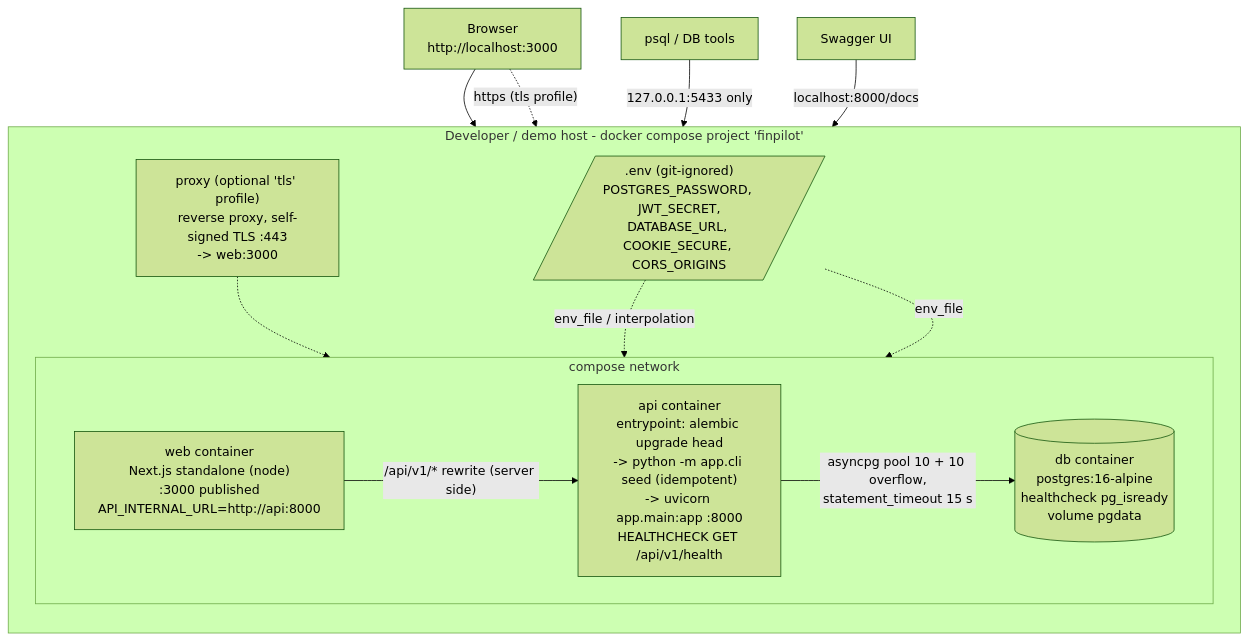
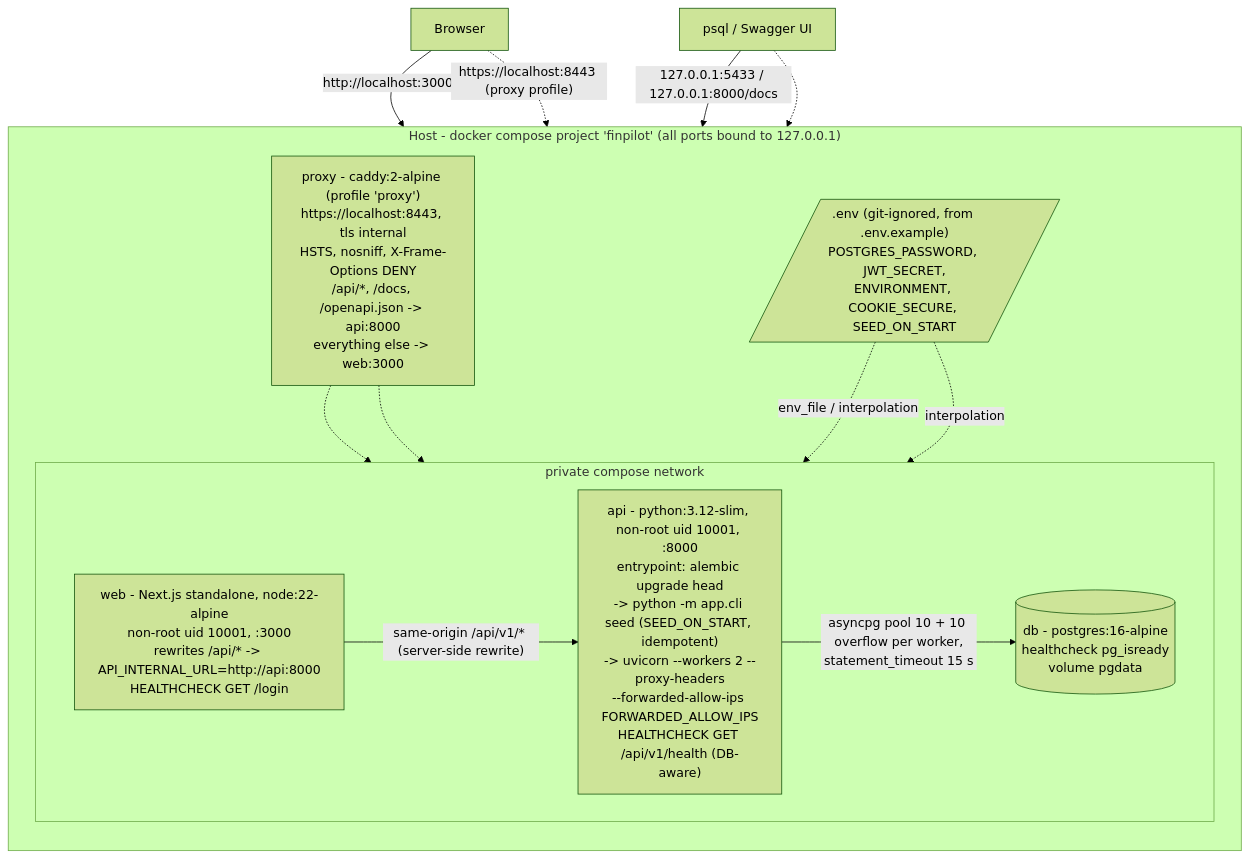
The diagram in docs/architecture/diagrams/deployment.mmd (vijaytectra/finpilot), drawn with Mermaid (forest theme) before and after one commit. The commit also changed 9 other files, not shown here.

First line of the commit message:
docs(arch): update diagrams for the containerised stack and MALFORMED_ROW

```diff
--- a/docs/architecture/diagrams/deployment.mmd
+++ b/docs/architecture/diagrams/deployment.mmd
@@ -1,23 +1,25 @@
 flowchart TB
-    browser["Browser<br/>http://localhost:3000"]
+    browser["Browser"]
 
-    subgraph hostm["Developer / demo host - docker compose project 'finpilot'"]
+    subgraph hostm["Host - docker compose project 'finpilot' (all ports bound to 127.0.0.1)"]
         direction TB
-        proxy["proxy (optional 'tls' profile)<br/>reverse proxy, self-signed TLS :443<br/>-> web:3000"]
-        subgraph net["compose network"]
+        proxy["proxy - caddy:2-alpine (profile 'proxy')<br/>https://localhost:8443, tls internal<br/>HSTS, nosniff, X-Frame-Options DENY<br/>/api/*, /docs, /openapi.json -> api:8000<br/>everything else -> web:3000"]
+        subgraph net["private compose network"]
             direction LR
-            web["web container<br/>Next.js standalone (node)<br/>:3000 published<br/>API_INTERNAL_URL=http://api:8000"]
-            api["api container<br/>entrypoint: alembic upgrade head<br/>-> python -m app.cli seed (idempotent)<br/>-> uvicorn app.main:app :8000<br/>HEALTHCHECK GET /api/v1/health"]
-            db[("db container<br/>postgres:16-alpine<br/>healthcheck pg_isready<br/>volume pgdata")]
+            web["web - Next.js standalone, node:22-alpine<br/>non-root uid 10001, :3000<br/>rewrites /api/* -> API_INTERNAL_URL=http://api:8000<br/>HEALTHCHECK GET /login"]
+            api["api - python:3.12-slim, non-root uid 10001, :8000<br/>entrypoint: alembic upgrade head<br/>-> python -m app.cli seed (SEED_ON_START, idempotent)<br/>-> uvicorn --workers 2 --proxy-headers<br/>--forwarded-allow-ips FORWARDED_ALLOW_IPS<br/>HEALTHCHECK GET /api/v1/health (DB-aware)"]
+            db[("db - postgres:16-alpine<br/>healthcheck pg_isready<br/>volume pgdata")]
         end
-        envf[/".env (git-ignored)<br/>POSTGRES_PASSWORD, JWT_SECRET,<br/>DATABASE_URL, COOKIE_SECURE, CORS_ORIGINS"/]
+        envf[/".env (git-ignored, from .env.example)<br/>POSTGRES_PASSWORD, JWT_SECRET,<br/>ENVIRONMENT, COOKIE_SECURE, SEED_ON_START"/]
     end
 
-    browser --> web
-    browser -. "https (tls profile)" .-> proxy -.-> web
-    web -- "/api/v1/* rewrite (server side)" --> api
-    api -- "asyncpg pool 10 + 10 overflow,<br/>statement_timeout 15 s" --> db
+    browser -- "http://localhost:3000" --> web
+    browser -. "https://localhost:8443 (proxy profile)" .-> proxy
+    proxy -.-> web
+    proxy -.-> api
+    web -- "same-origin /api/v1/* (server-side rewrite)" --> api
+    api -- "asyncpg pool 10 + 10 overflow per worker,<br/>statement_timeout 15 s" --> db
     envf -. "env_file / interpolation" .-> api
-    envf -. "env_file" .-> db
-    dev["psql / DB tools"] -- "127.0.0.1:5433 only" --> db
-    swagger["Swagger UI"] -- "localhost:8000/docs" --> api
+    envf -. "interpolation" .-> db
+    tools["psql / Swagger UI"] -- "127.0.0.1:5433 / 127.0.0.1:8000/docs" --> db
+    tools -.-> api
```
